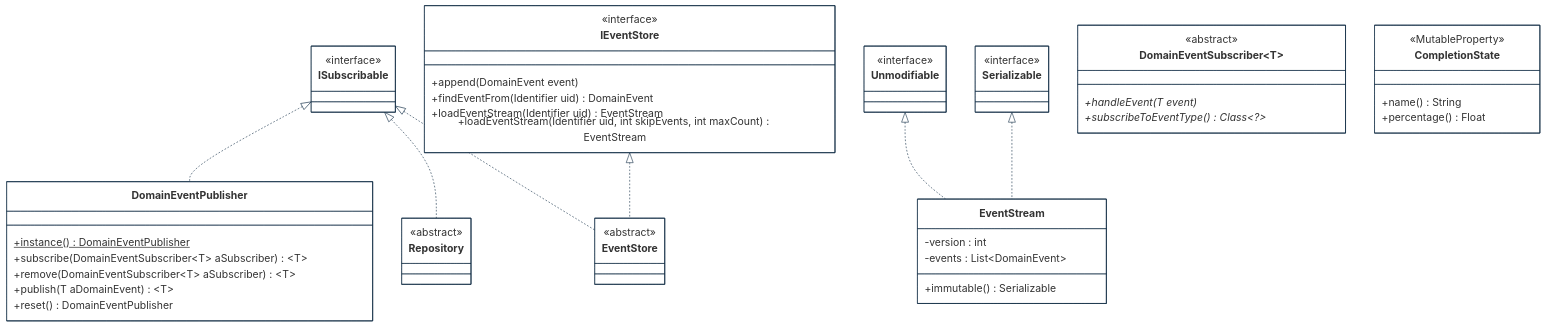
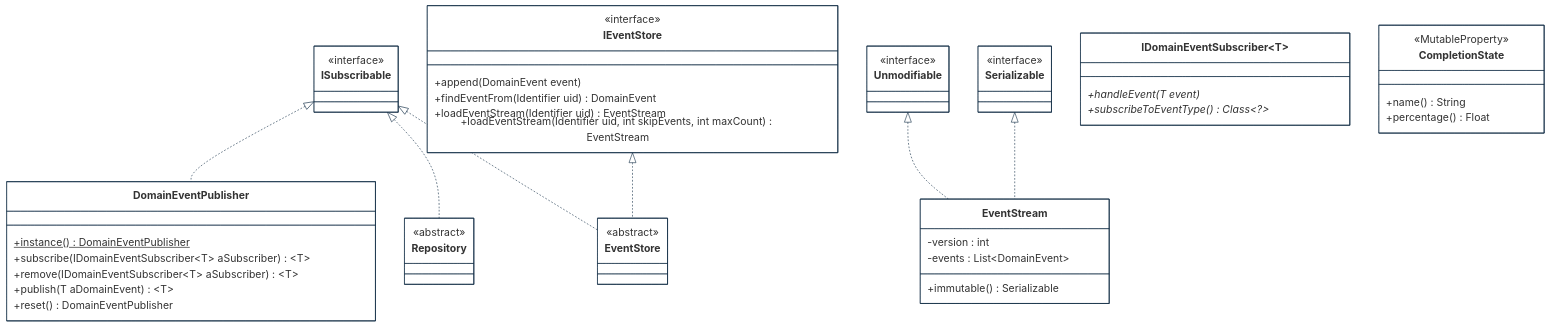
One commit to cybnity/foundation changed the third of 5 diagrams in implementations-line/framework/domain/designview-packages.md. Above: the diagram before and after it, drawn with Mermaid. The commit also changed other lines of this file and 123 other files, not shown here.

````diff
--- a/implementations-line/framework/domain/designview-packages.md
+++ b/implementations-line/framework/domain/designview-packages.md
@@ -254,72 +257,71 @@
 ```mermaid
 %%{
   init: {
     'theme': 'base',
     'themeVariables': {
         'background': '#ffffff',
         'fontFamily': 'arial',
         'fontSize': '18px',
         'primaryColor': '#fff',
         'primaryBorderColor': '#0e2a43',
         'secondaryBorderColor': '#0e2a43',
         'tertiaryBorderColor': '#0e2a43',
         'edgeLabelBackground':'#0e2a43',
         'lineColor': '#0e2a43',
         'tertiaryColor': '#fff'
     }
   }
 }%%
 classDiagram
     ISubscribable <|.. DomainEventPublisher
     ISubscribable <|.. Repository
     ISubscribable <|.. EventStore
     IEventStore <|.. EventStore
     Unmodifiable <|.. EventStream
     Serializable <|.. EventStream
 
     class Serializable {
         <<interface>>
     }
     class ISubscribable {
         <<interface>>
     }
     class EventStore {
         <<abstract>>
     }
     class IEventStore {
         <<interface>>
         +append(DomainEvent event)
         +findEventFrom(Identifier uid) DomainEvent
         +loadEventStream(Identifier uid) EventStream
         +loadEventStream(Identifier uid, int skipEvents, int maxCount) EventStream
     }
     class Repository {
         <<abstract>>
     }
-    class DomainEventSubscriber~T~ {
-        <<abstract>>
+    class IDomainEventSubscriber~T~ {
         +handleEvent(T event)*
         +subscribeToEventType()* Class~?~
     }
     class DomainEventPublisher {
         +instance()$ DomainEventPublisher
-        +subscribe(DomainEventSubscriber~T~ aSubscriber) ~T~
-        +remove(DomainEventSubscriber~T~ aSubscriber) ~T~
+        +subscribe(IDomainEventSubscriber~T~ aSubscriber) ~T~
+        +remove(IDomainEventSubscriber~T~ aSubscriber) ~T~
         +publish(T aDomainEvent) ~T~
         +reset() DomainEventPublisher
     }
     class EventStream {
         -version : int
         -events : List~DomainEvent~
         +immutable() Serializable
     }
     class Unmodifiable {
         <<interface>>
     }
     class CompletionState {
 		<<MutableProperty>>
 		+name() String
 		+percentage() Float
 	}
 
 ```
````
